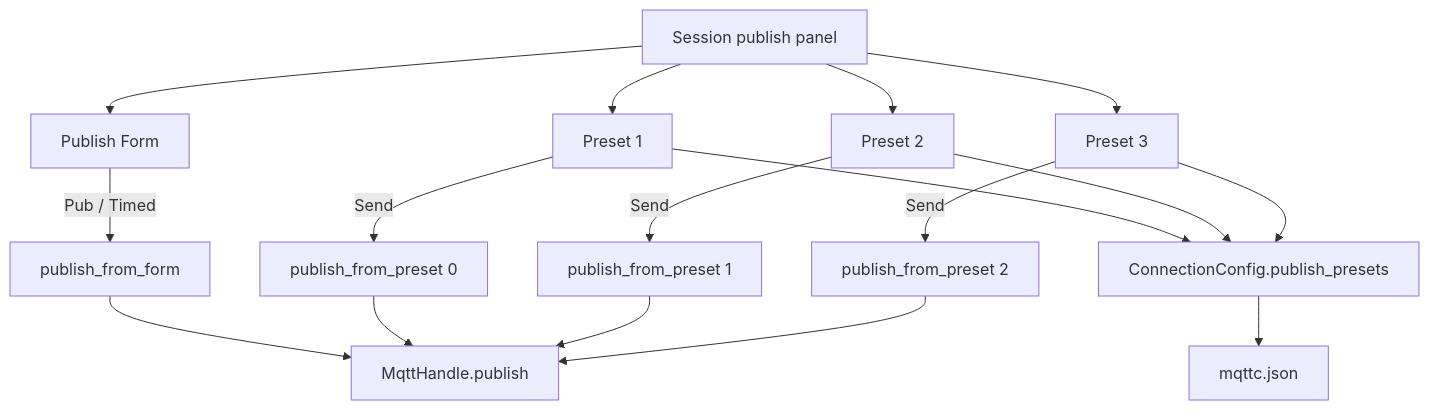
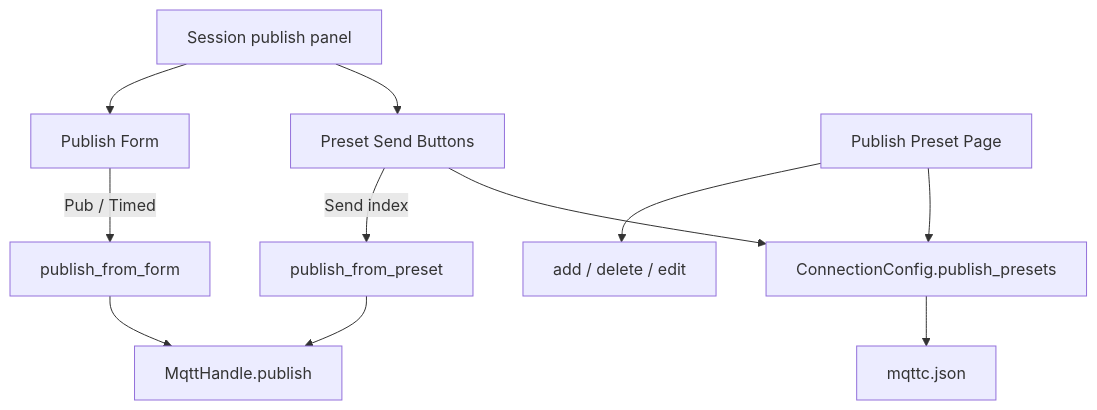
One commit to GordonWen/mqttc changed the diagram in .monkeycode/specs/publish-presets/design.md. Above: the diagram before and after it, drawn with Mermaid. The commit also changed other lines of this file and 15 other files, not shown here.

First line of the commit message:
feat: move publish presets to a dedicated page

````diff
--- a/.monkeycode/specs/publish-presets/design.md
+++ b/.monkeycode/specs/publish-presets/design.md
@@ -12,19 +14,13 @@
 ```mermaid
 graph TD
     A["Session publish panel"] --> B["Publish Form"]
-    A --> C["Preset 1"]
-    A --> D["Preset 2"]
-    A --> E["Preset 3"]
+    A --> C["Preset Send Buttons"]
+    D["Publish Preset Page"] --> E["add / delete / edit"]
     B -->|"Pub / Timed"| F["publish_from_form"]
-    C -->|"Send"| G["publish_from_preset 0"]
-    D -->|"Send"| H["publish_from_preset 1"]
-    E -->|"Send"| I["publish_from_preset 2"]
-    F --> J["MqttHandle.publish"]
-    G --> J
-    H --> J
-    I --> J
-    C --> K["ConnectionConfig.publish_presets"]
-    D --> K
-    E --> K
-    K --> L["mqttc.json"]
+    C -->|"Send index"| G["publish_from_preset"]
+    F --> H["MqttHandle.publish"]
+    G --> H
+    D --> I["ConnectionConfig.publish_presets"]
+    C --> I
+    I --> J["mqttc.json"]
 ```
````
